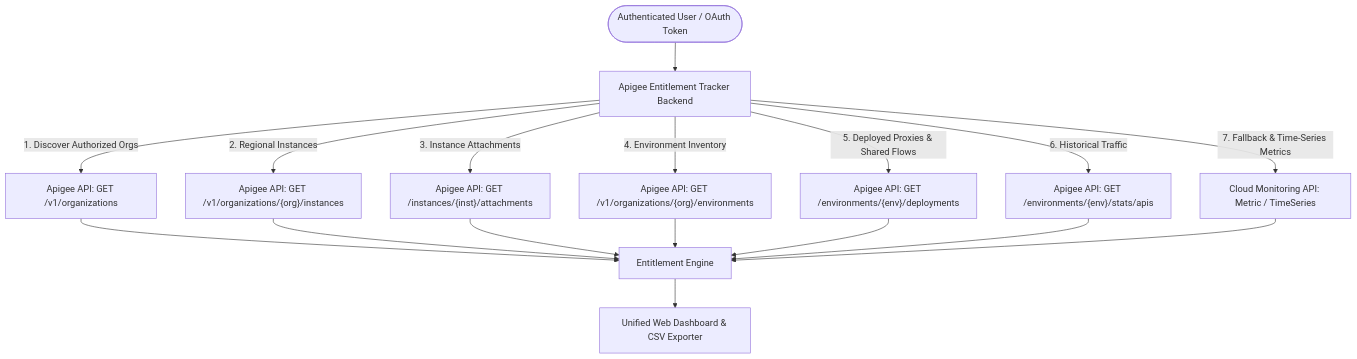
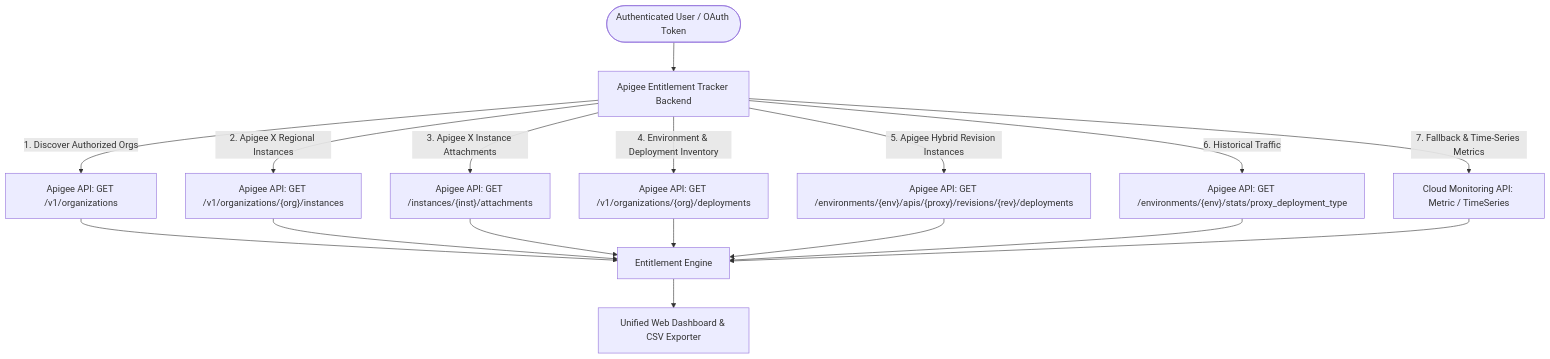
One commit to g-lalevee/Apigee-Entitlement-Tracker changed the diagram in README.md. Above: the diagram before and after it, drawn with Mermaid. The commit also changed other lines of this file and 7 other files, not shown here.

Commit message:
Update hybrid Env. Unit / PDU

````diff
--- a/README.md
+++ b/README.md
@@ -57,22 +57,22 @@
 ```mermaid
 flowchart TD
     User([Authenticated User / OAuth Token]) --> Backend[Apigee Entitlement Tracker Backend]
     
     Backend -->|1. Discover Authorized Orgs| ApigeeOrgs["Apigee API: GET /v1/organizations"]
-    Backend -->|2. Regional Instances| ApigeeInst["Apigee API: GET /v1/organizations/{org}/instances"]
-    Backend -->|3. Instance Attachments| ApigeeAttach["Apigee API: GET /instances/{inst}/attachments"]
-    Backend -->|4. Environment Inventory| ApigeeEnv["Apigee API: GET /v1/organizations/{org}/environments"]
-    Backend -->|5. Deployed Proxies & Shared Flows| ApigeeDep["Apigee API: GET /environments/{env}/deployments"]
-    Backend -->|6. Historical Traffic | ApigeeStats["Apigee API: GET /environments/{env}/stats/apis"]
+    Backend -->|2. Apigee X Regional Instances| ApigeeInst["Apigee API: GET /v1/organizations/{org}/instances"]
+    Backend -->|3. Apigee X Instance Attachments| ApigeeAttach["Apigee API: GET /instances/{inst}/attachments"]
+    Backend -->|4. Environment & Deployment Inventory| ApigeeDep["Apigee API: GET /v1/organizations/{org}/deployments"]
+    Backend -->|5. Apigee Hybrid Revision Instances| ApigeeRevDep["Apigee API: GET /environments/{env}/apis/{proxy}/revisions/{rev}/deployments"]
+    Backend -->|6. Historical Traffic | ApigeeStats["Apigee API: GET /environments/{env}/stats/proxy_deployment_type"]
     Backend -->|7. Fallback & Time-Series Metrics| CloudMon["Cloud Monitoring API: Metric / TimeSeries"]
     
     ApigeeOrgs --> Engine[Entitlement Engine]
     ApigeeInst --> Engine
     ApigeeAttach --> Engine
-    ApigeeEnv --> Engine
     ApigeeDep --> Engine
+    ApigeeRevDep --> Engine
     ApigeeStats --> Engine
     CloudMon --> Engine
     
     Engine --> Dashboard[Unified Web Dashboard & CSV Exporter]
 ```
````
